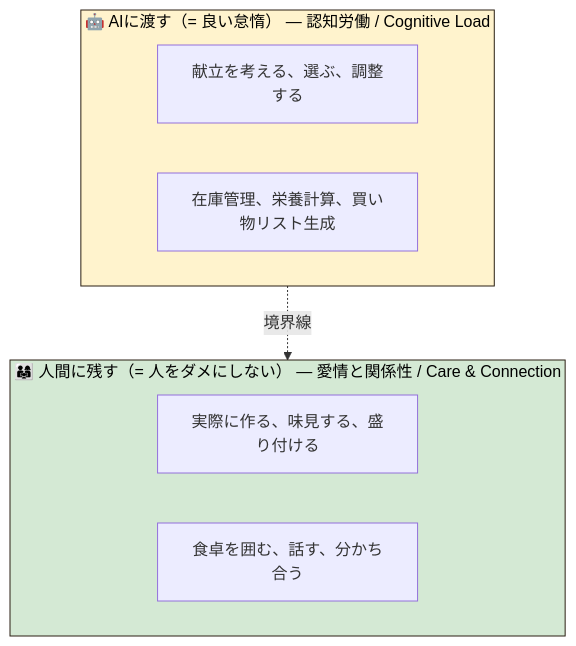
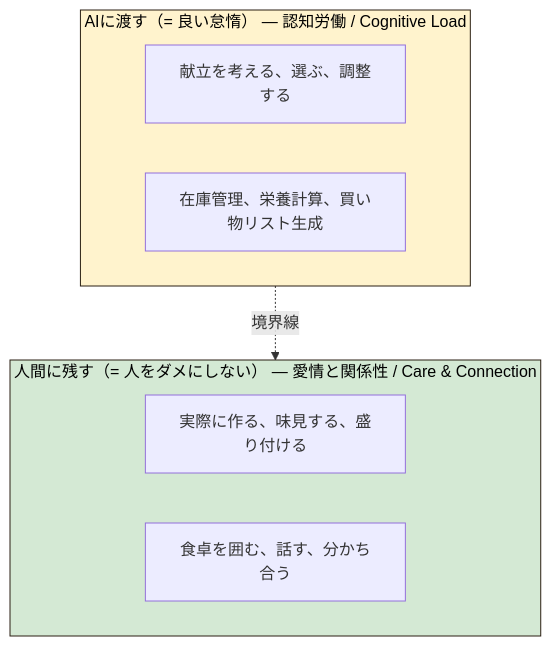
Before and after one commit to enomotom-cloud/uchigohan: the first of 2 diagrams in aidlc-docs/README.md, drawn with Mermaid. The commit also changed 3 other files, not shown here.

Commit message:
docs: remove decorative emojis from mermaid diagrams

````diff
--- a/aidlc-docs/README.md
+++ b/aidlc-docs/README.md
@@ -43,15 +43,15 @@
 ```mermaid
 graph TB
-    subgraph AI["🤖 AIに渡す（= 良い怠惰） — 認知労働 / Cognitive Load"]
+    subgraph AI["AIに渡す（= 良い怠惰） — 認知労働 / Cognitive Load"]
         A1[献立を考える、選ぶ、調整する]
         A2[在庫管理、栄養計算、買い物リスト生成]
     end
-    subgraph Human["👨‍👩‍👧 人間に残す（= 人をダメにしない） — 愛情と関係性 / Care & Connection"]
+    subgraph Human["人間に残す（= 人をダメにしない） — 愛情と関係性 / Care & Connection"]
         H1[実際に作る、味見する、盛り付ける]
         H2[食卓を囲む、話す、分かち合う]
     end
     AI -.->|境界線| Human
 
     style AI fill:#FFF3CD,stroke:#2A1F12,color:#000
     style Human fill:#D4E9D4,stroke:#2A1F12,color:#000
 ```
````
